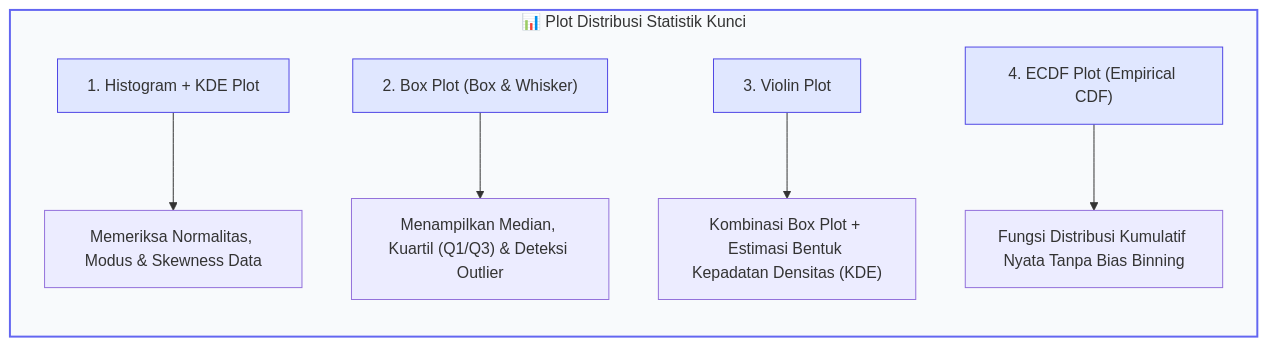
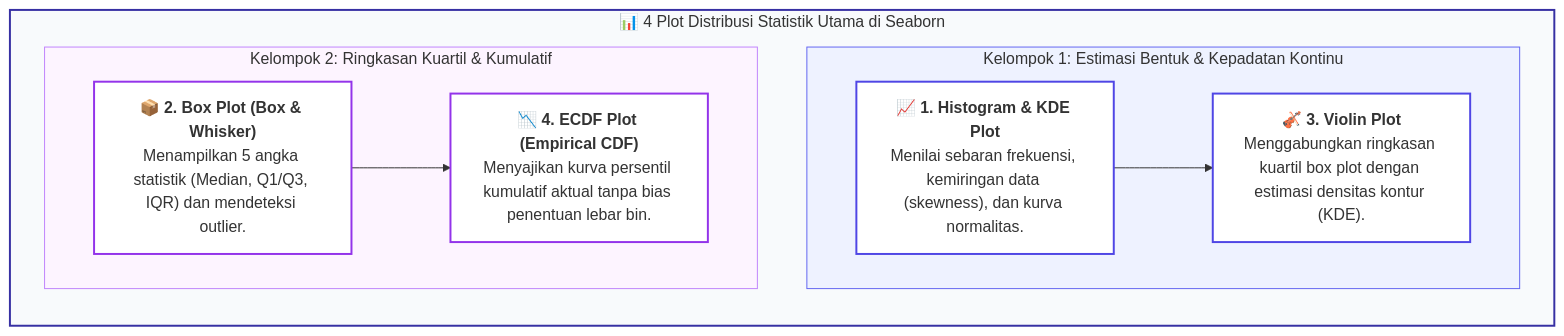
The diagram in docs/visualisasi-data/06-seaborn-statistik-distribusi.md (mahendaruui/Perkuliahan), drawn with Mermaid before and after one commit. The commit also changed 3 other files, not shown here.

Commit message:
feat: enhance and standardize documentation Mermaid diagrams across visual data modules

````diff
--- a/docs/visualisasi-data/06-seaborn-statistik-distribusi.md
+++ b/docs/visualisasi-data/06-seaborn-statistik-distribusi.md
@@ -14,16 +14,25 @@
 ```mermaid
 flowchart TD
-    subgraph PlotDist["📊 Plot Distribusi Statistik Kunci"]
+    subgraph PlotDist["📊 4 Plot Distribusi Statistik Utama di Seaborn"]
         direction TB
-        A["1. Histogram + KDE Plot"] --> A_desc["Memeriksa Normalitas, Modus & Skewness Data"]
-        B["2. Box Plot (Box & Whisker)"] --> B_desc["Menampilkan Median, Kuartil (Q1/Q3) & Deteksi Outlier"]
-        C["3. Violin Plot"] --> C_desc["Kombinasi Box Plot + Estimasi Bentuk Kepadatan Densitas (KDE)"]
-        D["4. ECDF Plot (Empirical CDF)"] --> D_desc["Fungsi Distribusi Kumulatif Nyata Tanpa Bias Binning"]
+        subgraph ColA["Kelompok 1: Estimasi Bentuk & Kepadatan Kontinu"]
+            A["📈 <b>1. Histogram & KDE Plot</b><br>Menilai sebaran frekuensi, kemiringan data (skewness), dan kurva normalitas."]
+            C["🎻 <b>3. Violin Plot</b><br>Menggabungkan ringkasan kuartil box plot dengan estimasi densitas kontur (KDE)."]
+        end
+        subgraph ColB["Kelompok 2: Ringkasan Kuartil & Kumulatif"]
+            B["📦 <b>2. Box Plot (Box & Whisker)</b><br>Menampilkan 5 angka statistik (Median, Q1/Q3, IQR) dan mendeteksi outlier."]
+            D["📉 <b>4. ECDF Plot (Empirical CDF)</b><br>Menyajikan kurva persentil kumulatif aktual tanpa bias penentuan lebar bin."]
+        end
     end
 
-    style PlotDist fill:#f8fafc,stroke:#6366f1,stroke-width:2px
-    style A fill:#e0e7ff,stroke:#4f46e5
-    style B fill:#e0e7ff,stroke:#4f46e5
-    style C fill:#e0e7ff,stroke:#4f46e5
-    style D fill:#e0e7ff,stroke:#4f46e5
+    A --> C
+    B --> D
+
+    style PlotDist fill:#f8fafc,stroke:#3730a3,stroke-width:2px
+    style ColA fill:#eef2ff,stroke:#6366f1,stroke-width:1px
+    style ColB fill:#fdf4ff,stroke:#c084fc,stroke-width:1px
+    style A fill:#ffffff,stroke:#4f46e5,stroke-width:2px
+    style C fill:#ffffff,stroke:#4f46e5,stroke-width:2px
+    style B fill:#ffffff,stroke:#9333ea,stroke-width:2px
+    style D fill:#ffffff,stroke:#9333ea,stroke-width:2px
 ```
````
